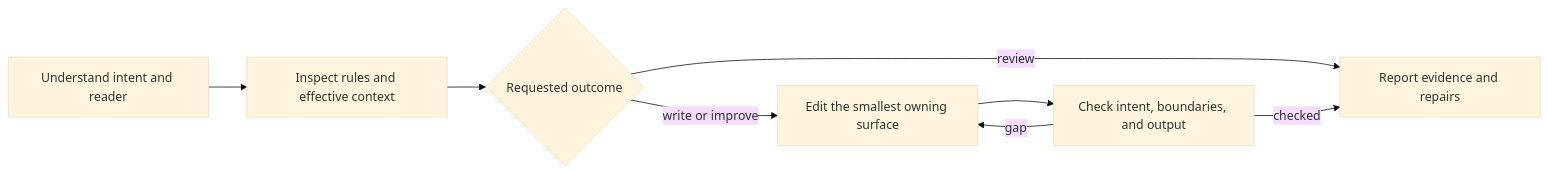
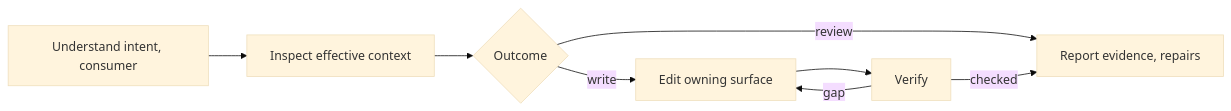
Before and after one commit to bgauryy/octocode-mcp: the diagram in skills/octocode-agentic-prompts/SKILL.md, drawn with Mermaid (base theme). The commit also changed other lines of this file and 980 other files, not shown here.

````diff
--- a/skills/octocode-agentic-prompts/SKILL.md
+++ b/skills/octocode-agentic-prompts/SKILL.md
@@ -10,10 +10,8 @@
 ```mermaid
 flowchart LR
-  U[Understand intent and reader] --> R[Inspect rules and effective context]
-  R --> M{Requested outcome}
-  M -- review --> O[Report evidence and repairs]
-  M -- write or improve --> F[Edit the smallest owning surface]
-  F --> V[Check intent, boundaries, and output]
+  U[Understand intent, consumer] --> R[Inspect effective context] --> M{Outcome}
+  M -- review --> O[Report evidence, repairs]
+  M -- write --> F[Edit owning surface] --> V[Verify]
   V -- gap --> F
   V -- checked --> O
 ```
````
